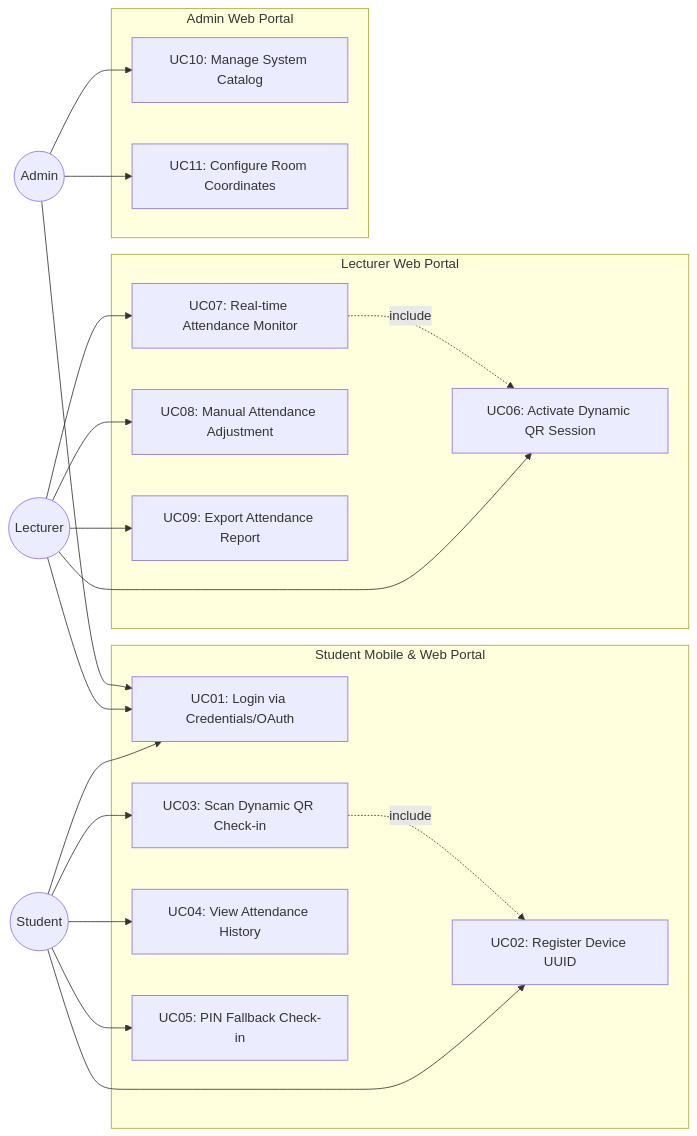
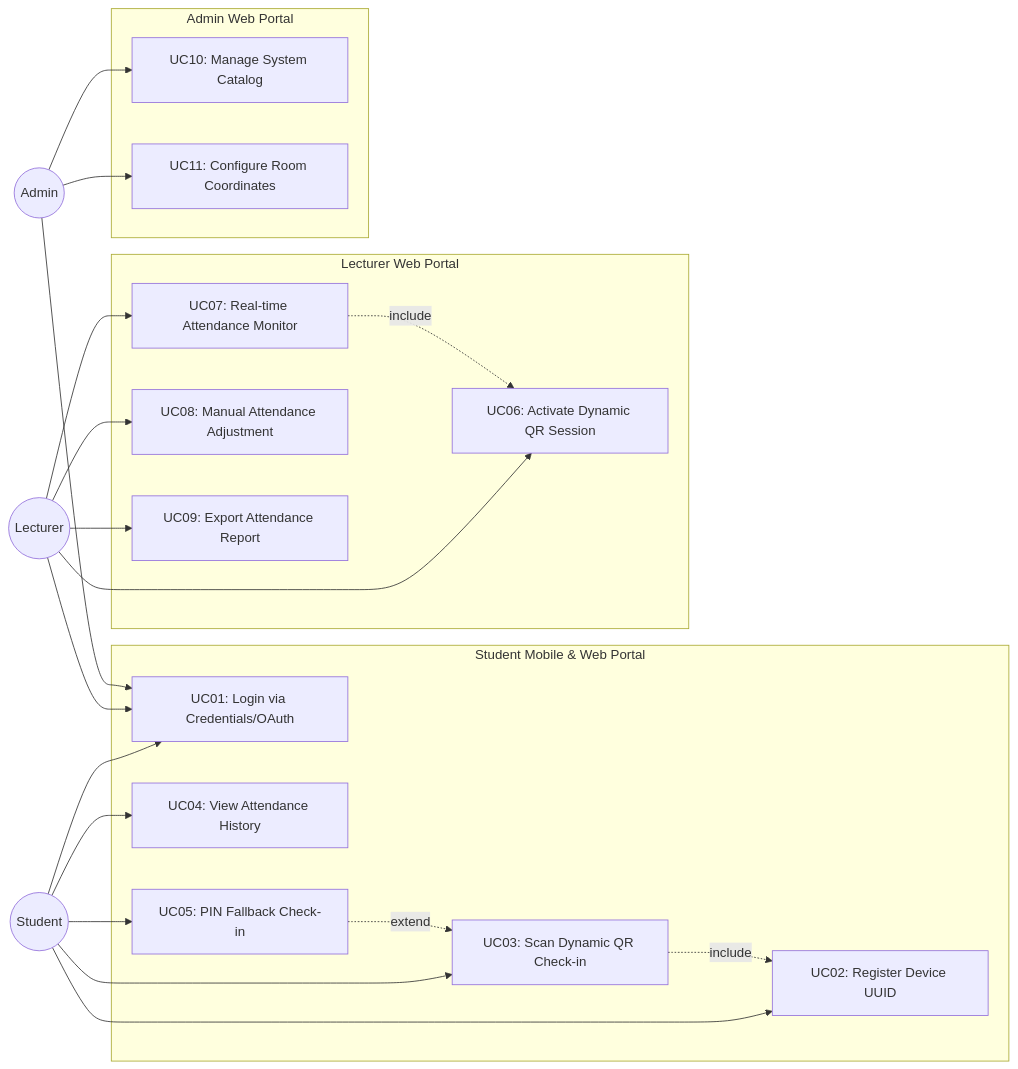
Before and after one commit to nttung42/SWD392: the second of 31 diagrams in AFAS_RDS_Document.md, drawn with Mermaid. The commit also changed other lines of this file, not shown here.

````diff
--- a/AFAS_RDS_Document.md
+++ b/AFAS_RDS_Document.md
@@ -167,45 +188,46 @@
 ```mermaid
 flowchart LR
     Student((Student))
     Lecturer((Lecturer))
     Admin((Admin))
 
     subgraph Student_Subsystem [Student Mobile & Web Portal]
         UC01[UC01: Login via Credentials/OAuth]
         UC02[UC02: Register Device UUID]
         UC03[UC03: Scan Dynamic QR Check-in]
         UC04[UC04: View Attendance History]
         UC05[UC05: PIN Fallback Check-in]
     end
 
     subgraph Lecturer_Subsystem [Lecturer Web Portal]
         UC06[UC06: Activate Dynamic QR Session]
         UC07[UC07: Real-time Attendance Monitor]
         UC08[UC08: Manual Attendance Adjustment]
         UC09[UC09: Export Attendance Report]
     end
 
     subgraph Admin_Subsystem [Admin Web Portal]
         UC10[UC10: Manage System Catalog]
         UC11[UC11: Configure Room Coordinates]
     end
 
     Student --> UC01
     Student --> UC02
     Student --> UC03
     Student --> UC04
     Student --> UC05
 
     Lecturer --> UC01
     Lecturer --> UC06
     Lecturer --> UC07
     Lecturer --> UC08
     Lecturer --> UC09
 
     Admin --> UC01
     Admin --> UC10
     Admin --> UC11
 
     UC03 -.-> |include| UC02
+    UC05 -.-> |extend| UC03
     UC07 -.-> |include| UC06
 ```
````
